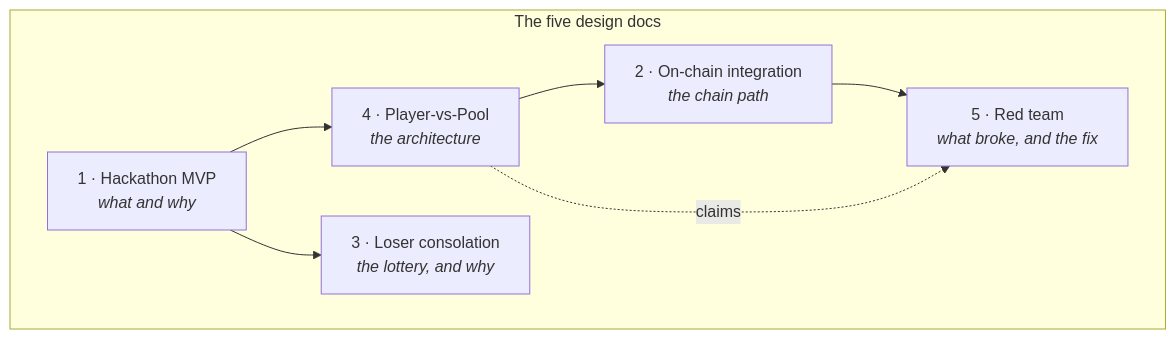
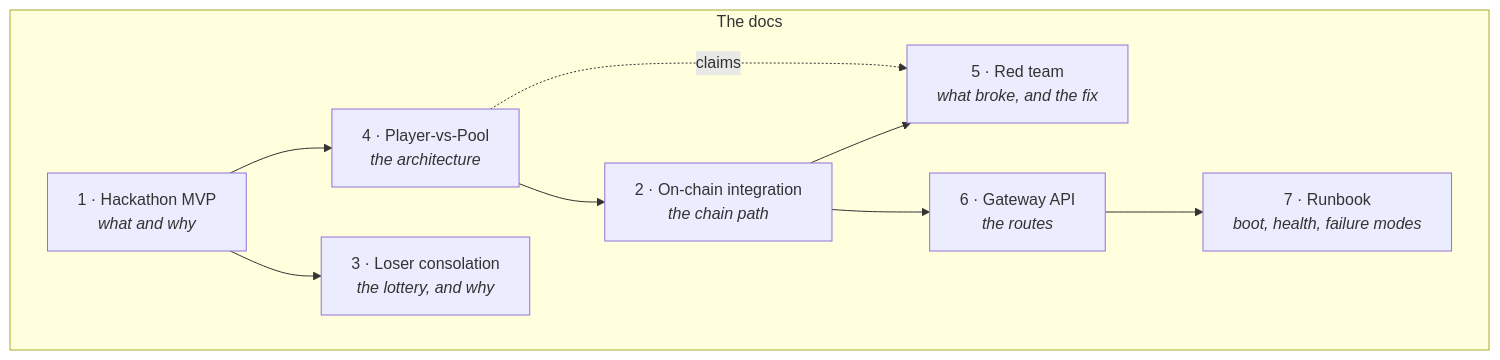
Before and after one commit to OptionalityHQ/optionality-adapter: the diagram in docs/README.md, drawn with Mermaid. The commit also changed other lines of this file and 4 other files, not shown here.

````diff
--- a/docs/README.md
+++ b/docs/README.md
@@ -9,15 +9,19 @@
 ```mermaid
 flowchart TB
-  subgraph docs["The five design docs"]
+  subgraph docs["The docs"]
     D1["1 · Hackathon MVP<br/><i>what and why</i>"]
     D2["2 · On-chain integration<br/><i>the chain path</i>"]
     D3["3 · Loser consolation<br/><i>the lottery, and why</i>"]
     D4["4 · Player-vs-Pool<br/><i>the architecture</i>"]
     D5["5 · Red team<br/><i>what broke, and the fix</i>"]
+    D6["6 · Gateway API<br/><i>the routes</i>"]
+    D7["7 · Runbook<br/><i>boot, health, failure modes</i>"]
   end
   D1 --> D4
   D1 --> D3
   D4 --> D2
   D2 --> D5
+  D2 --> D6
+  D6 --> D7
   D4 -.->|"claims"| D5
 ```
````
